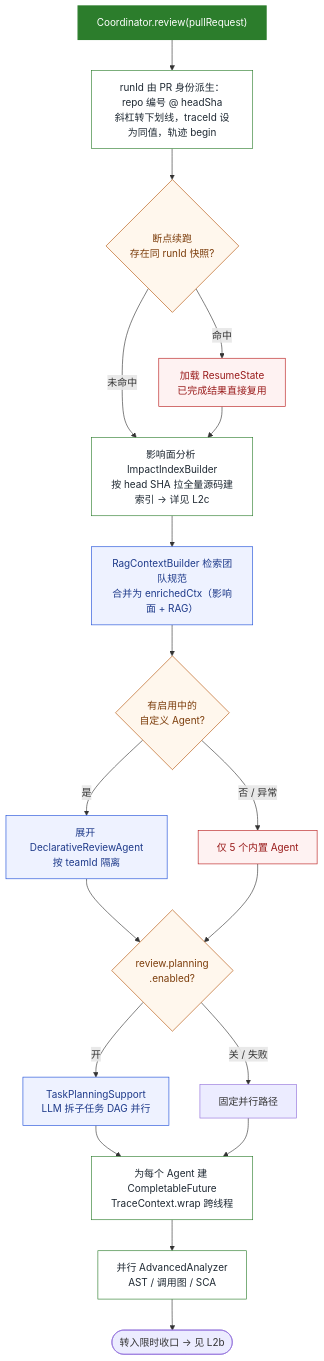
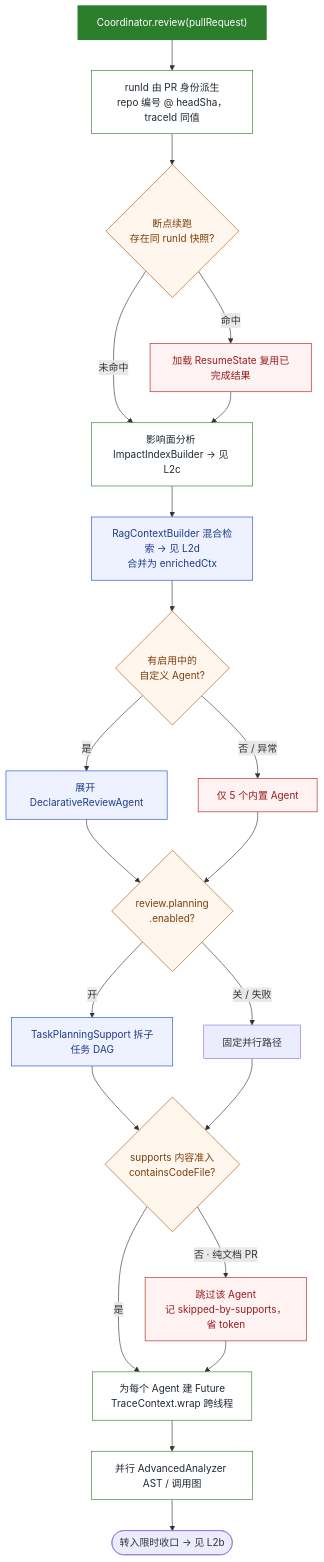
The fourth of 16 diagrams in docs/business-flow.md (13liyunfei/code-review-agent), drawn with Mermaid before and after one commit. The commit also changed other lines of this file and 14 other files, not shown here.

First line of the commit message:
docs: 图集同步 RAG 加固 / SCA 真实库 / 记忆读侧闭环（13 → 16 张）

````diff
--- a/docs/business-flow.md
+++ b/docs/business-flow.md
@@ -235,38 +249,42 @@
 ```mermaid
 flowchart TD
-    S["Coordinator.review(pullRequest)"] --> T["runId 由 PR 身份派生：repo 编号 @ headSha<br/>斜杠转下划线，traceId 设为同值，轨迹 begin"]
+    S["Coordinator.review(pullRequest)"] --> T["runId 由 PR 身份派生<br/>repo 编号 @ headSha，traceId 同值"]
 
     T --> RS{"断点续跑<br/>存在同 runId 快照?"}
-    RS -->|"命中"| RS1["加载 ResumeState<br/>已完成结果直接复用"]
+    RS -->|"命中"| RS1["加载 ResumeState 复用已完成结果"]
     RS -->|"未命中"| IA
     RS1 --> IA
 
-    IA["影响面分析 ImpactIndexBuilder<br/>按 head SHA 拉全量源码建索引 → 详见 L2c"] --> RAG
-    RAG["RagContextBuilder 检索团队规范<br/>合并为 enrichedCtx（影响面 + RAG）"]
+    IA["影响面分析 ImpactIndexBuilder → 见 L2c"] --> RAG
+    RAG["RagContextBuilder 混合检索 → 见 L2d<br/>合并为 enrichedCtx"]
 
     RAG --> CA{"有启用中的<br/>自定义 Agent?"}
-    CA -->|"是"| CA1["展开 DeclarativeReviewAgent<br/>按 teamId 隔离"]
+    CA -->|"是"| CA1["展开 DeclarativeReviewAgent"]
     CA -->|"否 / 异常"| CA2["仅 5 个内置 Agent"]
     CA1 --> PL
     CA2 --> PL
 
     PL{"review.planning<br/>.enabled?"}
-    PL -->|"开"| PL1["TaskPlanningSupport<br/>LLM 拆子任务 DAG 并行"]
+    PL -->|"开"| PL1["TaskPlanningSupport 拆子任务 DAG"]
     PL -->|"关 / 失败"| PL2["固定并行路径"]
 
-    PL1 --> FU
-    PL2 --> FU
-    FU["为每个 Agent 建 CompletableFuture<br/>TraceContext.wrap 跨线程"] --> ADV["并行 AdvancedAnalyzer<br/>AST / 调用图 / SCA"]
+    PL1 --> SA
+    PL2 --> SA
+    SA{"supports 内容准入<br/>containsCodeFile?"}
+    SA -->|"否 · 纯文档 PR"| SA1["跳过该 Agent<br/>记 skipped-by-supports，省 token"]
+    SA -->|"是"| FU
+    SA1 --> FU
+    FU["为每个 Agent 建 Future<br/>TraceContext.wrap 跨线程"] --> ADV["并行 AdvancedAnalyzer AST / 调用图"]
     ADV --> NB(["转入限时收口 → 见 L2b"])
 
     classDef start fill:#2c7d2c,stroke:#2c7d2c,stroke-width:2px,color:#fff;
     classDef proc fill:#FFFFFF,stroke:#2c7d2c,stroke-width:1px,color:#1f2933;
     classDef dec fill:#FFF7ED,stroke:#b45309,stroke-width:1px,color:#7c3d0b;
     classDef warn fill:#FEF2F2,stroke:#b91c1c,stroke-width:1px,color:#991b1b;
     classDef enhance fill:#EEF2FF,stroke:#1d4ed8,stroke-width:1px,color:#1e3a8a;
     class S start;
     class T,IA,ADV,FU proc;
-    class RS,CA,PL dec;
-    class RS1,CA2 warn;
+    class RS,CA,PL,SA dec;
+    class RS1,CA2,SA1 warn;
     class RAG,CA1,PL1 enhance;
 ```
````
